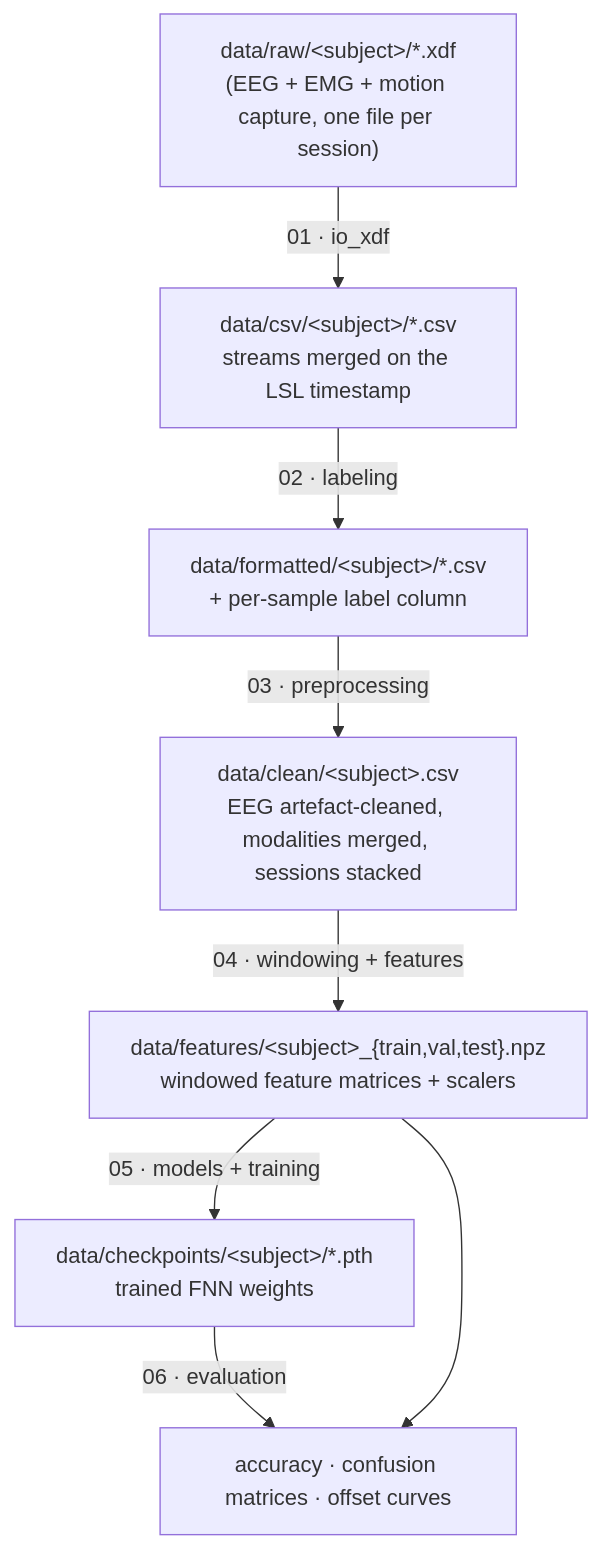
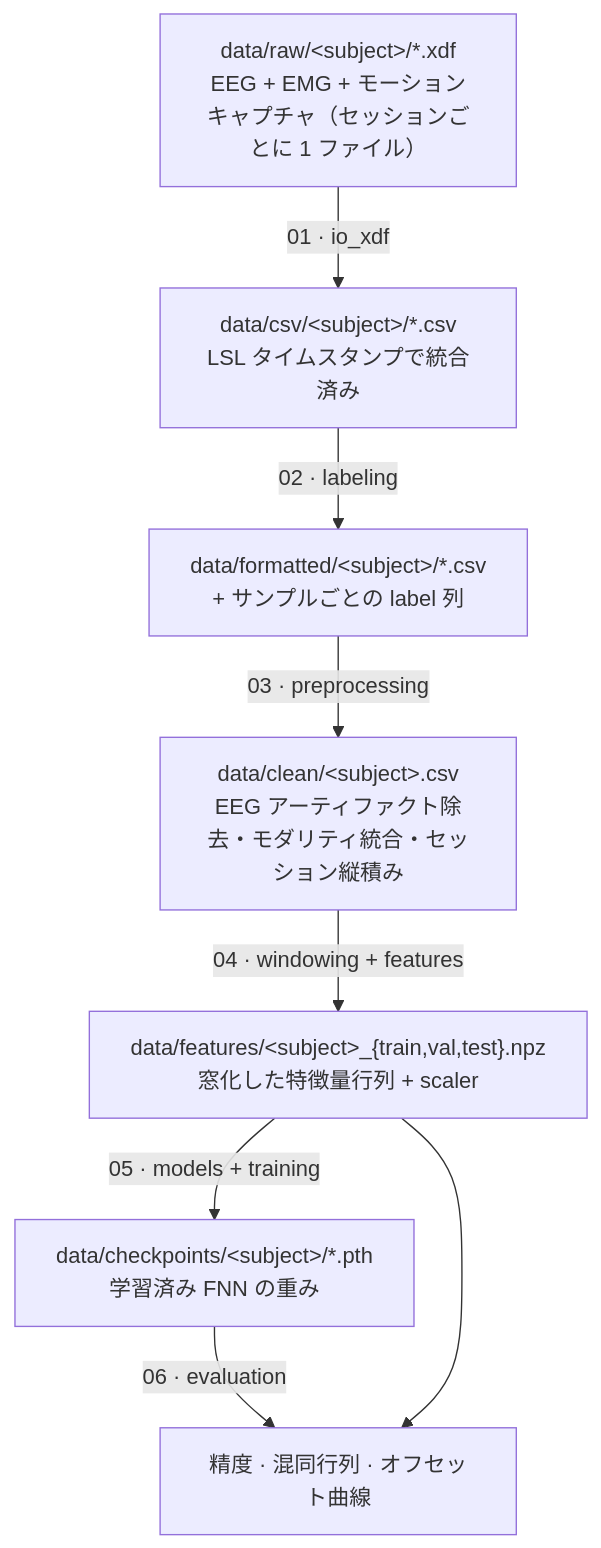
The diagram in docs/pipeline.md (rikky1201/eeg-emg-motion-intention), drawn with Mermaid before and after one commit. The commit also changed other lines of this file and 11 other files, not shown here.

````diff
--- a/docs/pipeline.md
+++ b/docs/pipeline.md
@@ -3,18 +3,18 @@
 ```mermaid
 flowchart TD
-    A["data/raw/&lt;subject&gt;/*.xdf<br/>(EEG + EMG + motion capture, one file per session)"]
-    B["data/csv/&lt;subject&gt;/*.csv<br/>streams merged on the LSL timestamp"]
-    C["data/formatted/&lt;subject&gt;/*.csv<br/>+ per-sample label column"]
-    D["data/clean/&lt;subject&gt;.csv<br/>EEG artefact-cleaned, modalities merged, sessions stacked"]
-    E["data/features/&lt;subject&gt;_{train,val,test}.npz<br/>windowed feature matrices + scalers"]
-    F["data/checkpoints/&lt;subject&gt;/*.pth<br/>trained FNN weights"]
-    G["accuracy · confusion matrices · offset curves"]
+    A["data/raw/&lt;subject&gt;/*.xdf<br/>EEG + EMG + モーションキャプチャ（セッションごとに 1 ファイル）"]
+    B["data/csv/&lt;subject&gt;/*.csv<br/>LSL タイムスタンプで統合済み"]
+    C["data/formatted/&lt;subject&gt;/*.csv<br/>+ サンプルごとの label 列"]
+    D["data/clean/&lt;subject&gt;.csv<br/>EEG アーティファクト除去・モダリティ統合・セッション縦積み"]
+    E["data/features/&lt;subject&gt;_{train,val,test}.npz<br/>窓化した特徴量行列 + scaler"]
+    F["data/checkpoints/&lt;subject&gt;/*.pth<br/>学習済み FNN の重み"]
+    G["精度 · 混同行列 · オフセット曲線"]
 
     A -->|"01 · io_xdf"| B
     B -->|"02 · labeling"| C
     C -->|"03 · preprocessing"| D
     D -->|"04 · windowing + features"| E
     E -->|"05 · models + training"| F
     F --> |"06 · evaluation"| G
     E --> G
 ```
````
